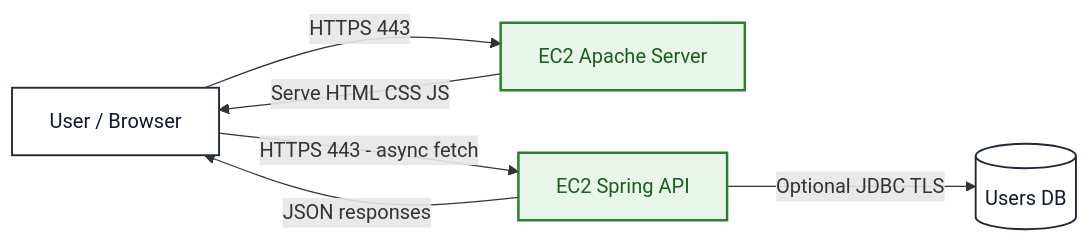
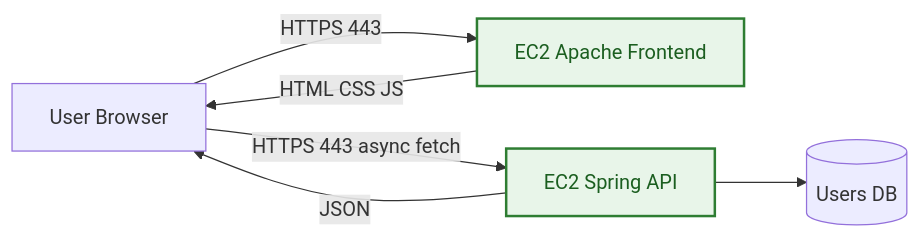
The first of 3 diagrams in README.md (AnderssonProgramming/secure-application-design), drawn with Mermaid before and after one commit. The commit also changed other lines of this file and 6 other files, not shown here.

````diff
--- a/README.md
+++ b/README.md
@@ -89,13 +48,11 @@
 ```mermaid
 flowchart LR
-    U[User / Browser] -->|HTTPS 443| A[EC2 Apache Server]
-    A -->|Serve HTML CSS JS| U
-    U -->|HTTPS 443 - async fetch| S[EC2 Spring API]
-    S -->|JSON responses| U
-    S -->|Optional JDBC TLS| D[(Users DB)]
+    U[User Browser] -->|HTTPS 443| A[EC2 Apache Frontend]
+    A -->|HTML CSS JS| U
+    U -->|HTTPS 443 async fetch| S[EC2 Spring API]
+    S -->|JSON| U
+    S --> D[(Users DB)]
 
-    classDef edge fill:#ffffff,stroke:#1f2937,stroke-width:1.5px,color:#111827;
     classDef secure fill:#e8f5e9,stroke:#2e7d32,stroke-width:2px,color:#1b5e20;
     class A,S secure;
-    class U,D edge;
 ```
````
